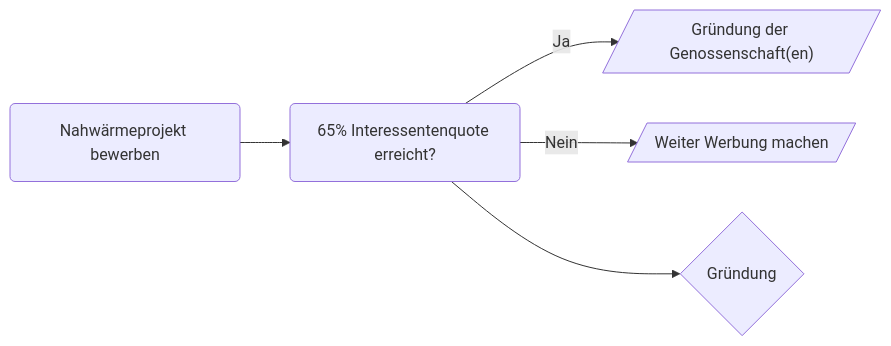
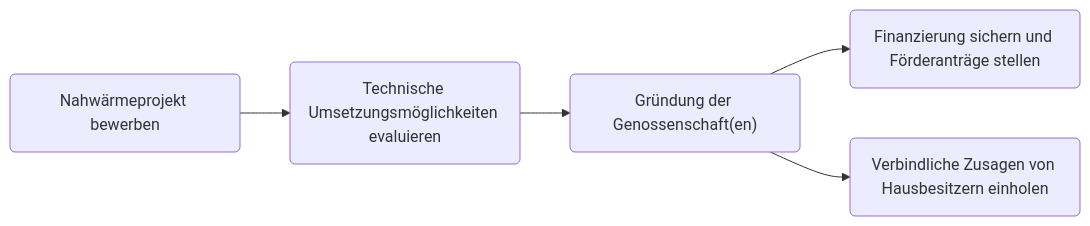
Before and after one commit to danthecowboy/gemeinsam-warm-website: the diagram in content/grundlagen/zeitplan/_index.md, drawn with Mermaid. The commit also changed other lines of this file and 10 other files, not shown here.

```diff
--- a/content/grundlagen/zeitplan/_index.md
+++ b/content/grundlagen/zeitplan/_index.md
@@ -35,8 +36,7 @@
 {{< mermaid >}}
 flowchart LR
-    a("Nahwärmeprojekt bewerben") --> b("65% Interessentenquote erreicht?")
-    b --> |Ja| d[/"Gründung der Genossenschaft(en)"/]
-    b --> |Nein| c[/"Weiter Werbung machen"/]
-    b --> h{"Gründung"}
-    click r "/categories/featured" _blank
+    a("Nahwärmeprojekt bewerben") --> b("Technische Umsetzungsmöglichkeiten evaluieren")
+    b --> d("Gründung der Genossenschaft(en)")
+    d --> e("Finanzierung sichern und Förderanträge stellen")
+    d --> f("Verbindliche Zusagen von Hausbesitzern einholen")
 {{< /mermaid >}}
```
